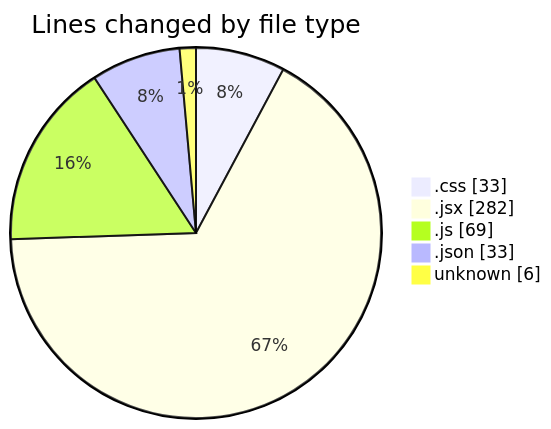
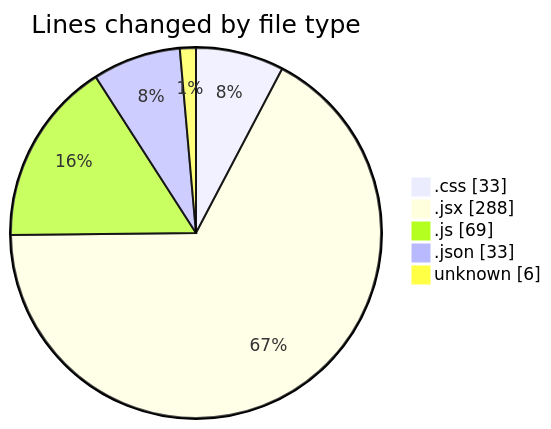
One commit to Elitesun/code-tracking changed the first of 2 diagrams in 2025-02-14/elitegpt/README.md. Above: the diagram before and after it, drawn with Mermaid. The commit also changed other lines of this file and 1 other file, not shown here.

````diff
--- a/2025-02-14/elitegpt/README.md
+++ b/2025-02-14/elitegpt/README.md
@@ -32,9 +32,9 @@
 ```mermaid
 pie showData
 title Lines changed by file type
 ".css" : 33
-".jsx" : 282
+".jsx" : 288
 ".js" : 69
 ".json" : 33
 "unknown" : 6
 ```
````
